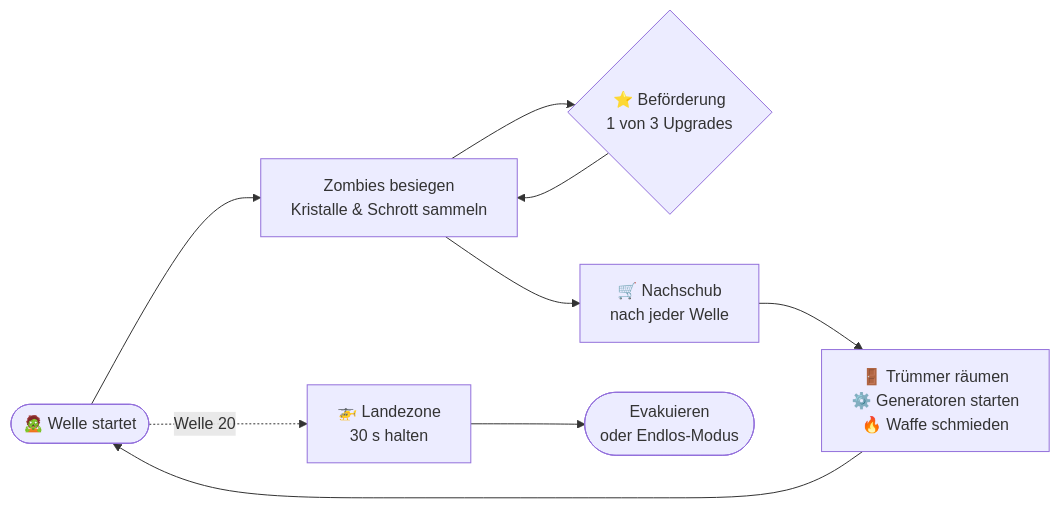
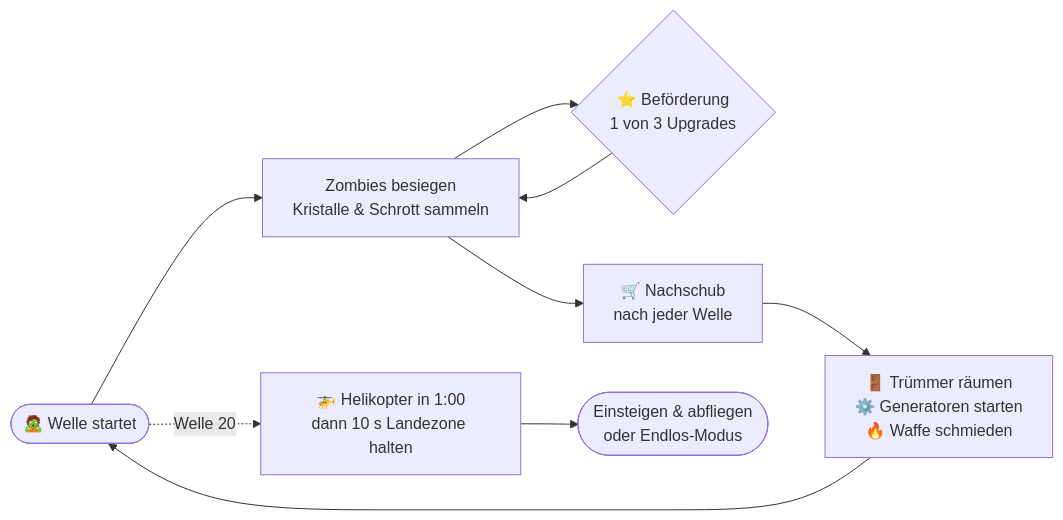
Before and after one commit to beydo7/rotfall-releases: the diagram in README.md, drawn with Mermaid. The commit also changed other lines of this file and 5 other files, not shown here.

````diff
--- a/README.md
+++ b/README.md
@@ -100,11 +102,11 @@
 ```mermaid
 flowchart LR
     A([🧟 Welle startet]) --> B[Zombies besiegen<br/>Kristalle & Schrott sammeln]
     B --> C{⭐ Beförderung<br/>1 von 3 Upgrades}
     C --> B
     B --> D[🛒 Nachschub<br/>nach jeder Welle]
     D --> E[🚪 Trümmer räumen<br/>⚙️ Generatoren starten<br/>🔥 Waffe schmieden]
     E --> A
-    A -. Welle 20 .-> F[🚁 Landezone<br/>30 s halten]
-    F --> G([Evakuieren<br/>oder Endlos-Modus])
+    A -. Welle 20 .-> F[🚁 Helikopter in 1:00<br/>dann 10 s Landezone halten]
+    F --> G([Einsteigen & abfliegen<br/>oder Endlos-Modus])
 ```
````
